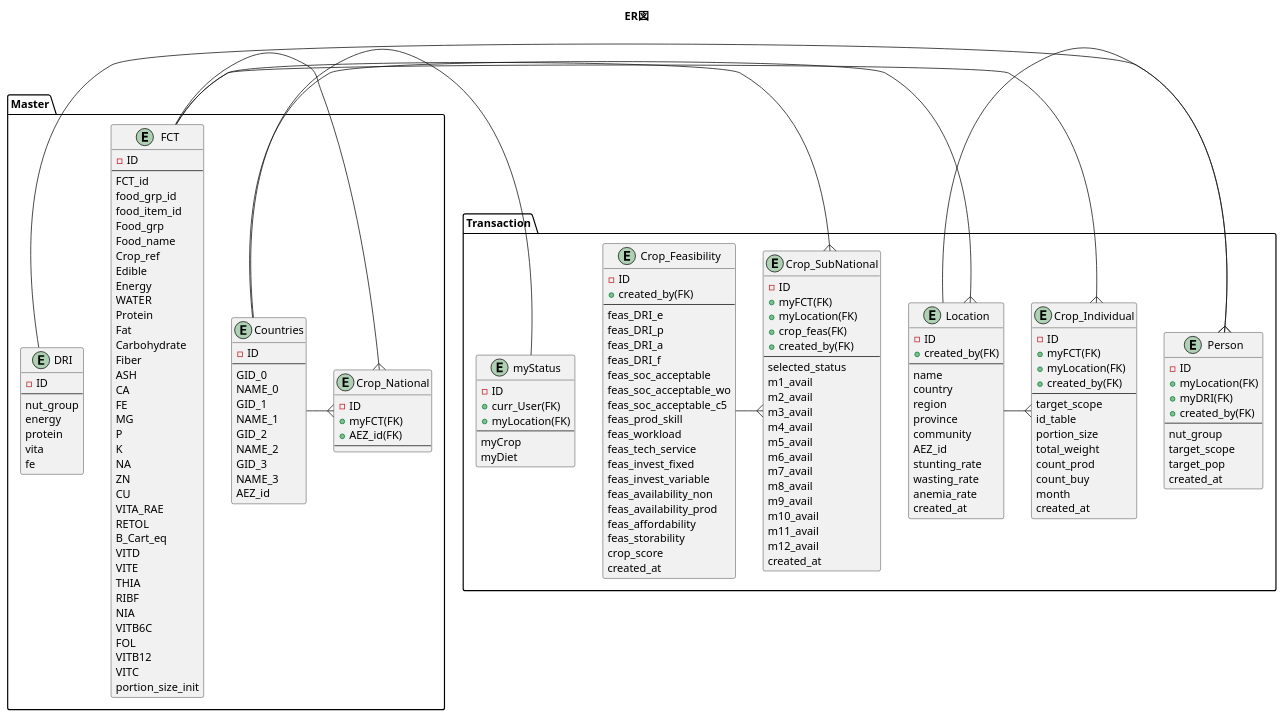
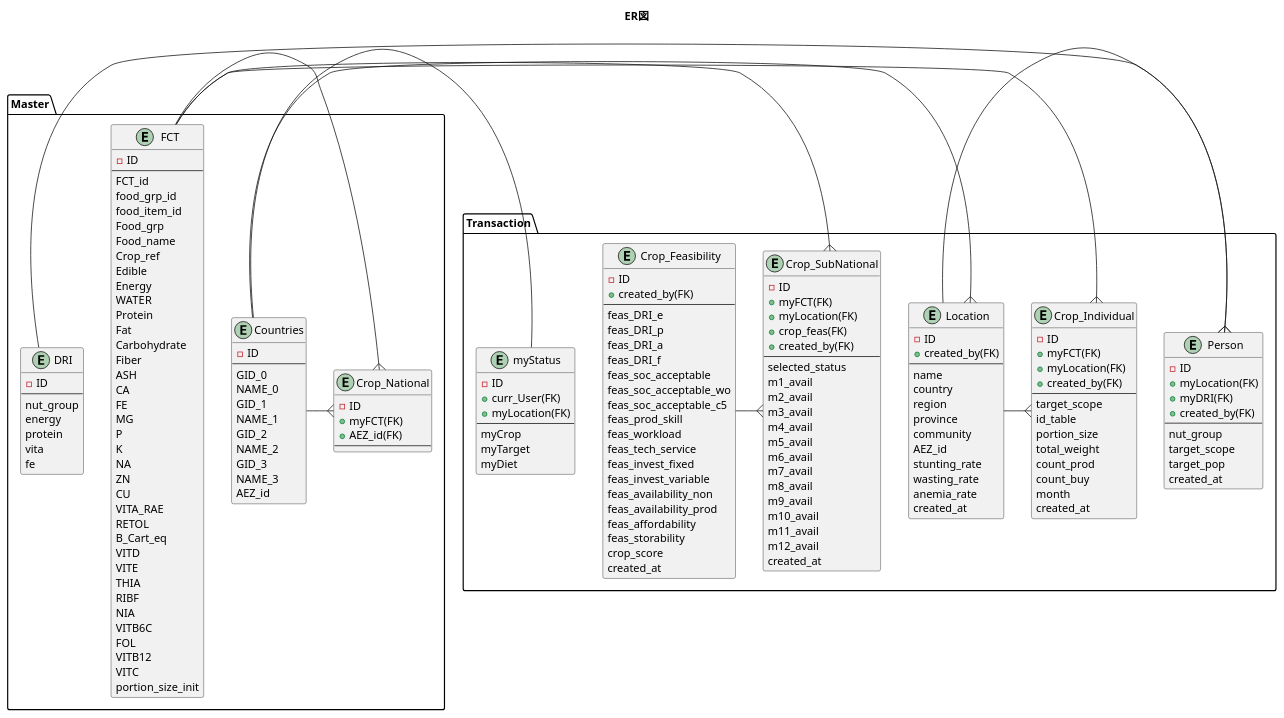
One commit to snakada1615/ifna_pwa02 changed the diagram in myApp/static/ULM/ER02.puml. Above: the diagram before and after it, drawn with PlantUML. The commit also changed 2 other files, not shown here.

```diff
--- a/myApp/static/ULM/ER02.puml
+++ b/myApp/static/ULM/ER02.puml
@@ -1,188 +1,190 @@
 @startuml
 title ER図
 package "Master" {
   entity FCT {
     - ID
 --
       FCT_id
       food_grp_id
       food_item_id
       Food_grp
       Food_name
       Crop_ref
       Edible
       Energy
       WATER
       Protein
       Fat
       Carbohydrate
       Fiber
       ASH
       CA
       FE
       MG
       P
       K
       NA
       ZN
       CU
       VITA_RAE
       RETOL
       B_Cart_eq
       VITD
       VITE
       THIA
       RIBF
       NIA
       VITB6C
       FOL
       VITB12
       VITC
       portion_size_init
   }
   entity Countries {
     - ID
 --
       GID_0
       NAME_0
       GID_1
       NAME_1
       GID_2
       NAME_2
       GID_3
       NAME_3
       AEZ_id
   }
   entity DRI {
     - ID
 --
       nut_group
       energy
       protein
       vita
       fe
     }
   entity Crop_National {
     - ID
     + myFCT(FK)
     + AEZ_id(FK)
 --
     }
   }
 
 package "Transaction" {
   entity Crop_Feasibility {
     - ID
     + created_by(FK)
 --
       feas_DRI_e
       feas_DRI_p
       feas_DRI_a
       feas_DRI_f
       feas_soc_acceptable
       feas_soc_acceptable_wo
       feas_soc_acceptable_c5
       feas_prod_skill
       feas_workload
       feas_tech_service
       feas_invest_fixed
       feas_invest_variable
       feas_availability_non
       feas_availability_prod
       feas_affordability
       feas_storability
       crop_score
       created_at
     }
   entity Person {
     - ID
     + myLocation(FK)
     + myDRI(FK)
     + created_by(FK)
 --
       nut_group
       target_scope
       target_pop
       created_at
     }
   entity Location {
       - ID
       + created_by(FK)
   --
         name
         country
         region
         province
         community
         AEZ_id
         stunting_rate
         wasting_rate
         anemia_rate
         created_at
     }
   entity Crop_SubNational {
     - ID
     + myFCT(FK)
     + myLocation(FK)
     + crop_feas(FK)
     + created_by(FK)
 --
       selected_status
       m1_avail
       m2_avail
       m3_avail
       m4_avail
       m5_avail
       m6_avail
       m7_avail
       m8_avail
       m9_avail
       m10_avail
       m11_avail
       m12_avail
       created_at
     }
   entity Crop_Individual {
     - ID
     + myFCT(FK)
     + myLocation(FK)
     + created_by(FK)
 --
       target_scope
       id_table
       portion_size
       total_weight
       count_prod
       count_buy
       month
       created_at
     }
   entity myStatus{
     - ID
     + curr_User(FK)
     + myLocation(FK)
 --
       myCrop
+      myTarget
       myDiet
     }
+
 }
 Countries -{ Location
 Location -{ Person
 Countries -{ Crop_National
 FCT -{ Crop_National
 FCT -{ Crop_SubNational
 FCT -{ Crop_Individual
 Crop_Feasibility -{ Crop_SubNational
 DRI -{ Person
 Location -{ Crop_Individual
 myStatus -- Countries
 
 /'
 ------ :1
 ----|| :1 and only 1
 ----o| :0 or 1
 -----{ :many
 ----|{ :1 or more
 ----o{ :0 or many
 '/
 @enduml
```
